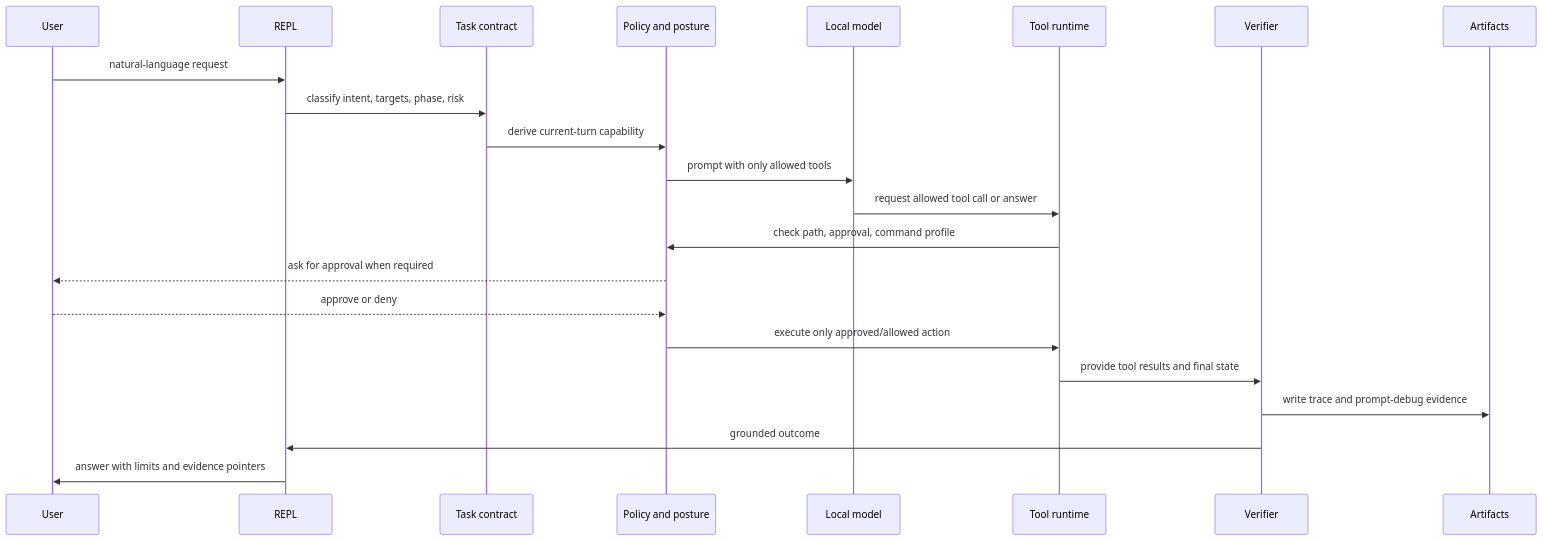
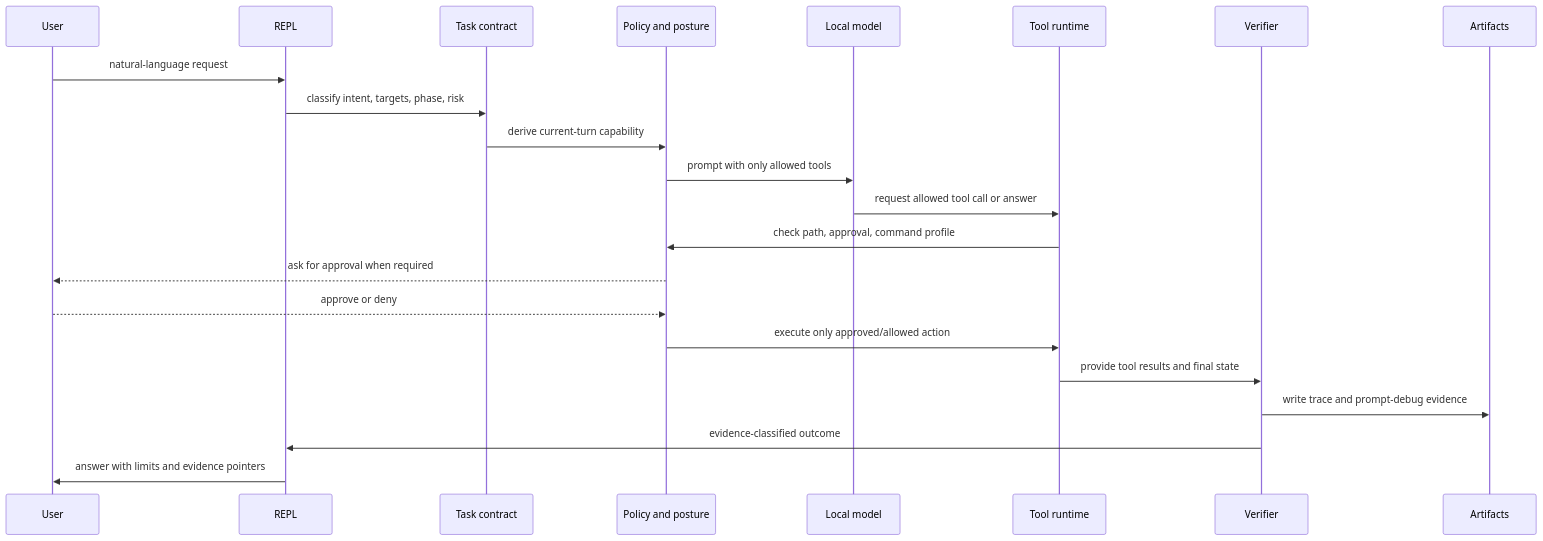
Before and after one commit to ai21z/talos-assistant: the first of 3 diagrams in docs/architecture/execution-model.md, drawn with Mermaid. The commit also changed other lines of this file and 206 other files, not shown here.

````diff
--- a/docs/architecture/execution-model.md
+++ b/docs/architecture/execution-model.md
@@ -7,25 +9,25 @@
 ```mermaid
 sequenceDiagram
     participant U as User
     participant R as REPL
     participant C as Task contract
     participant P as Policy and posture
     participant M as Local model
     participant T as Tool runtime
     participant V as Verifier
     participant A as Artifacts
 
     U->>R: natural-language request
     R->>C: classify intent, targets, phase, risk
     C->>P: derive current-turn capability
     P->>M: prompt with only allowed tools
     M->>T: request allowed tool call or answer
     T->>P: check path, approval, command profile
     P-->>U: ask for approval when required
     U-->>P: approve or deny
     P->>T: execute only approved/allowed action
     T->>V: provide tool results and final state
     V->>A: write trace and prompt-debug evidence
-    V->>R: grounded outcome
+    V->>R: evidence-classified outcome
     R->>U: answer with limits and evidence pointers
 ```
````
